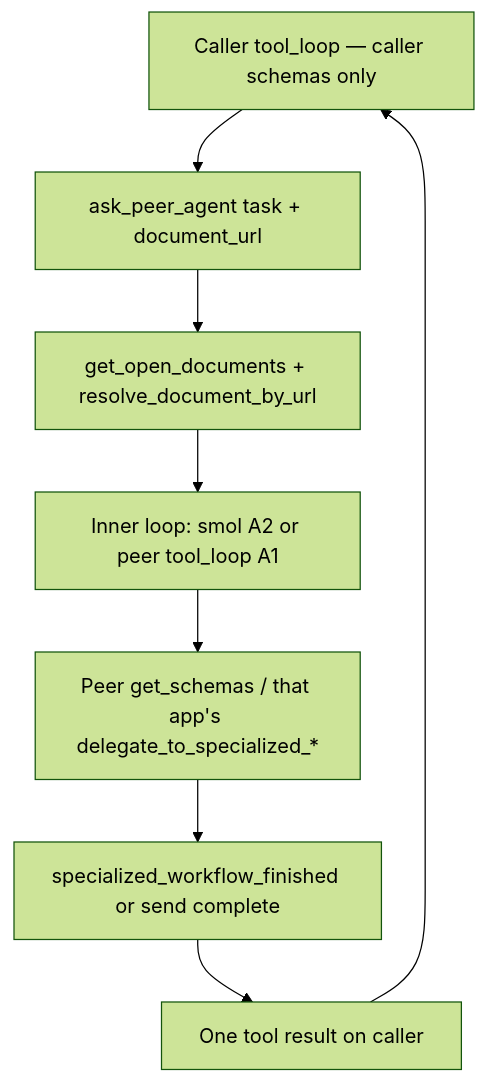
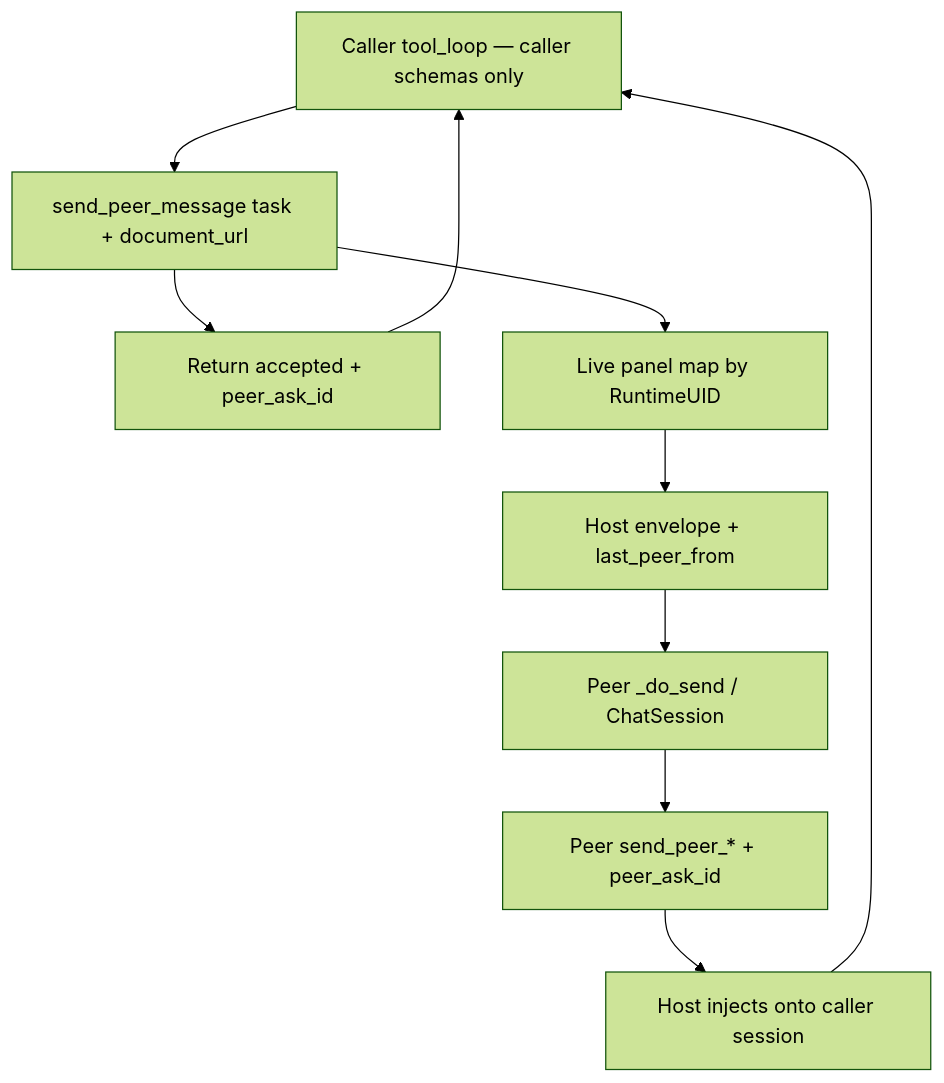
One commit to KeithCu/localwriter changed the second of 2 diagrams in docs/chat/peer-messaging.md. Above: the diagram before and after it, drawn with Mermaid (forest theme). The commit also changed other lines of this file and 5 other files, not shown here.

First line of the commit message:
Pivot peer messaging to async A1 send_peer_*.

````diff
--- a/docs/chat/peer-messaging.md
+++ b/docs/chat/peer-messaging.md
@@ -256,13 +228,14 @@
 ```mermaid
 flowchart TD
-  CallerMain["Caller tool_loop — caller schemas only"]
-  Gateway["ask_peer_agent task + document_url"]
-  Resolve["get_open_documents + resolve_document_by_url"]
-  Inner["Inner loop: smol A2 or peer tool_loop A1"]
-  PeerTools["Peer get_schemas / that app's delegate_to_specialized_*"]
-  Finish["specialized_workflow_finished or send complete"]
-  Back["One tool result on caller"]
+  Caller["Caller tool_loop — caller schemas only"]
+  Send["send_peer_message task + document_url"]
+  Accept["Return accepted + peer_ask_id"]
+  Map["Live panel map by RuntimeUID"]
+  Inject["Host envelope + last_peer_from"]
+  PeerSend["Peer _do_send / ChatSession"]
+  Reply["Peer send_peer_* + peer_ask_id"]
+  Back["Host injects onto caller session"]
 
-  CallerMain --> Gateway --> Resolve --> Inner
-  Inner --> PeerTools --> Finish --> Back --> CallerMain
+  Caller --> Send --> Accept --> Caller
+  Send --> Map --> Inject --> PeerSend --> Reply --> Back --> Caller
 ```
````
